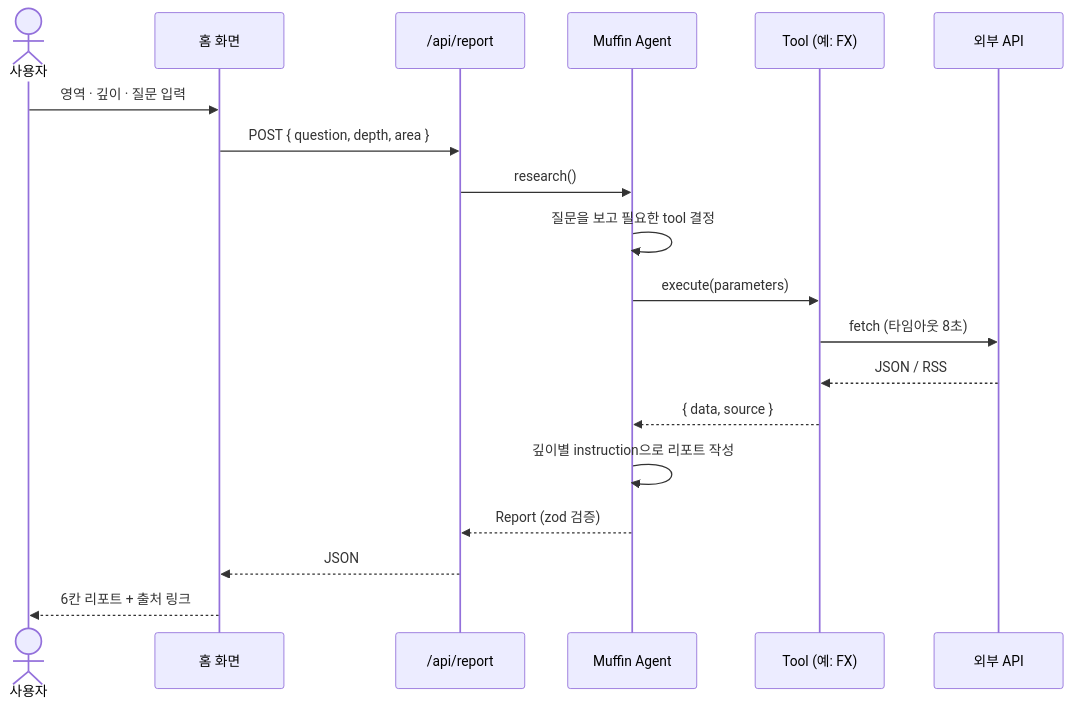
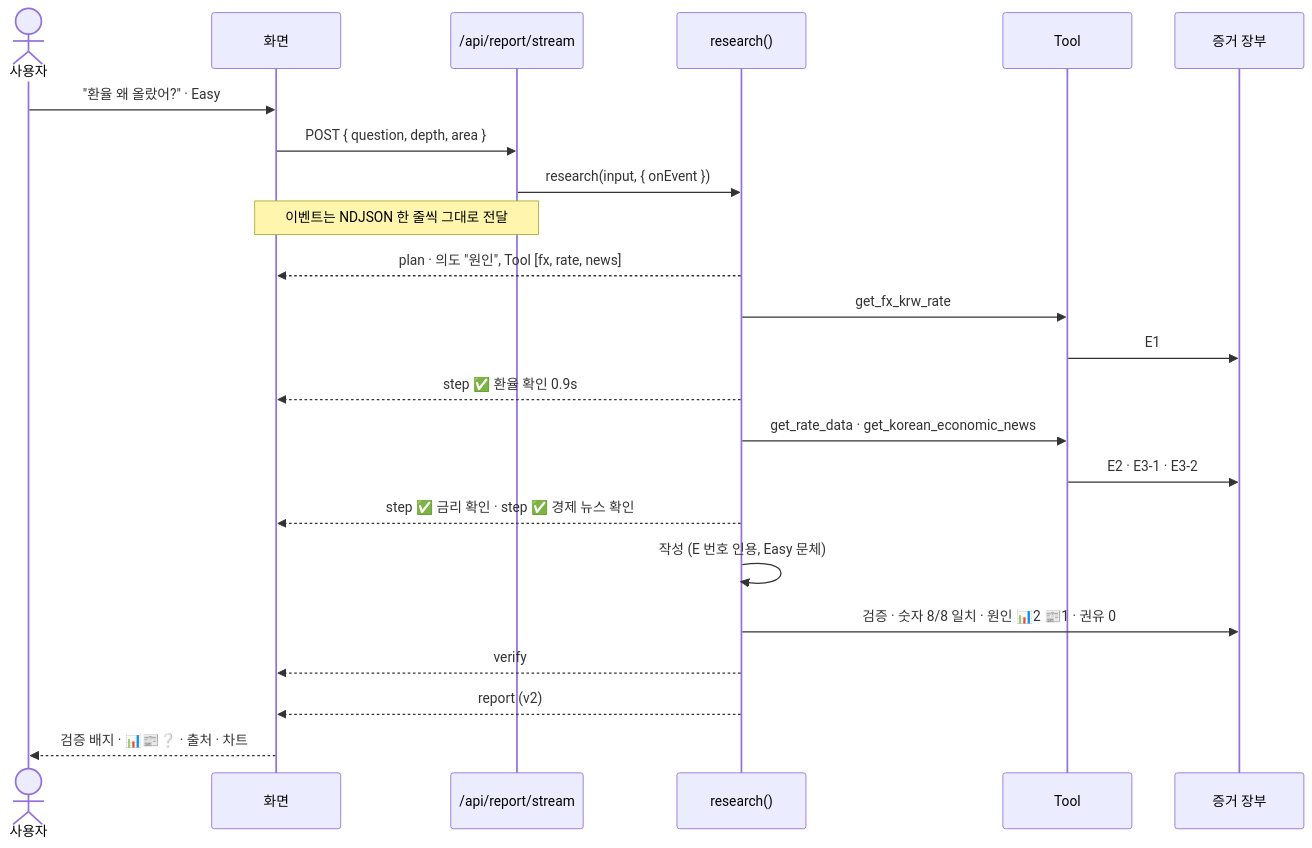
One commit to muffin-lab-it/muffin changed the second of 3 diagrams in README.md. Above: the diagram before and after it, drawn with Mermaid. The commit also changed other lines of this file, not shown here.

````diff
--- a/README.md
+++ b/README.md
@@ -80,22 +97,26 @@
 ```mermaid
 sequenceDiagram
     actor U as 사용자
-    participant H as 홈 화면
-    participant R as /api/report
-    participant A as Muffin Agent
-    participant T as Tool (예: FX)
-    participant X as 외부 API
+    participant H as 화면
+    participant R as /api/report/stream
+    participant A as research()
+    participant T as Tool
+    participant L as 증거 장부
 
-    U->>H: 영역 · 깊이 · 질문 입력
+    U->>H: "환율 왜 올랐어?" · Easy
     H->>R: POST { question, depth, area }
-    R->>A: research()
-    A->>A: 질문을 보고 필요한 tool 결정
-    A->>T: execute(parameters)
-    T->>X: fetch (타임아웃 8초)
-    X-->>T: JSON / RSS
-    T-->>A: { data, source }
-    A->>A: 깊이별 instruction으로 리포트 작성
-    A-->>R: Report (zod 검증)
-    R-->>H: JSON
-    H-->>U: 6칸 리포트 + 출처 링크
+    R->>A: research(input, { onEvent })
+    Note over R,H: 이벤트는 NDJSON 한 줄씩 그대로 전달
+    A-->>H: plan · 의도 "원인", Tool [fx, rate, news]
+    A->>T: get_fx_krw_rate
+    T->>L: E1
+    A-->>H: step ✅ 환율 확인 0.9s
+    A->>T: get_rate_data · get_korean_economic_news
+    T->>L: E2 · E3-1 · E3-2
+    A-->>H: step ✅ 금리 확인 · step ✅ 경제 뉴스 확인
+    A->>A: 작성 (E 번호 인용, Easy 문체)
+    A->>L: 검증 · 숫자 8/8 일치 · 원인 📊2 📰1 · 권유 0
+    A-->>H: verify
+    A-->>H: report (v2)
+    H-->>U: 검증 배지 · 📊📰❔ · 출처 · 차트
 ```
````
